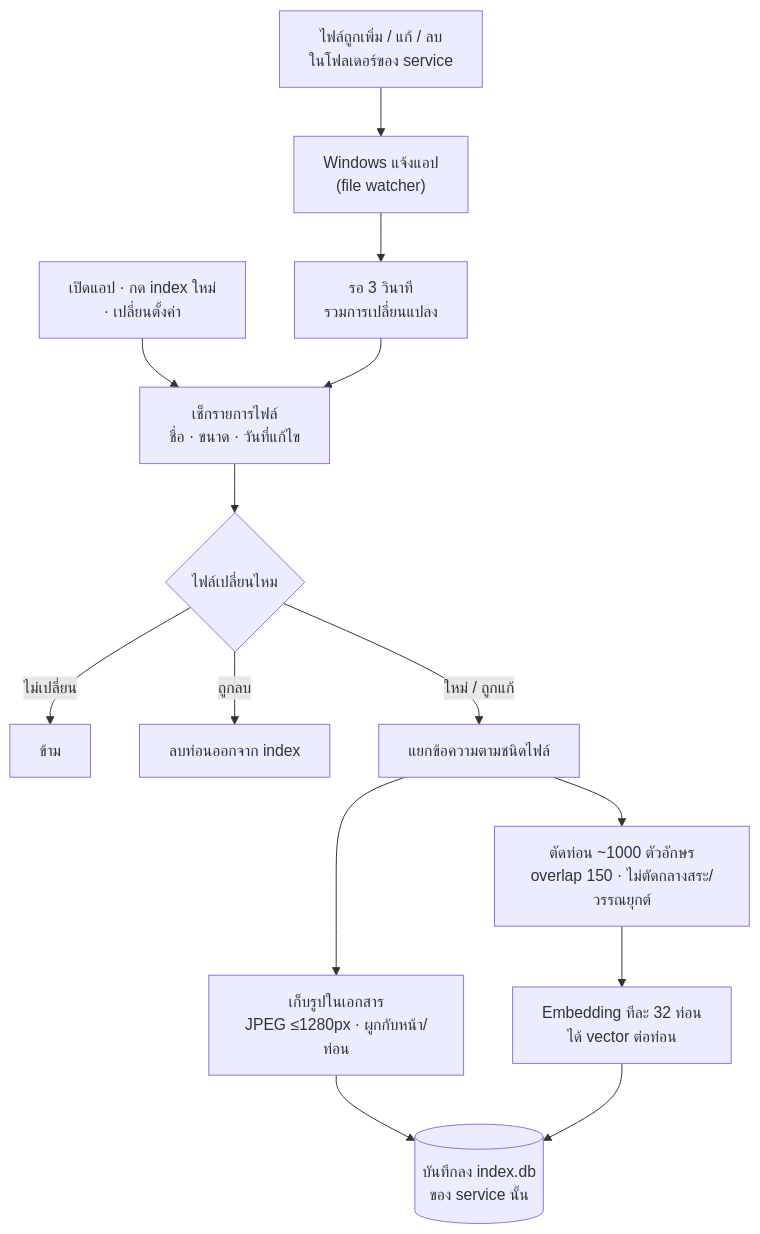
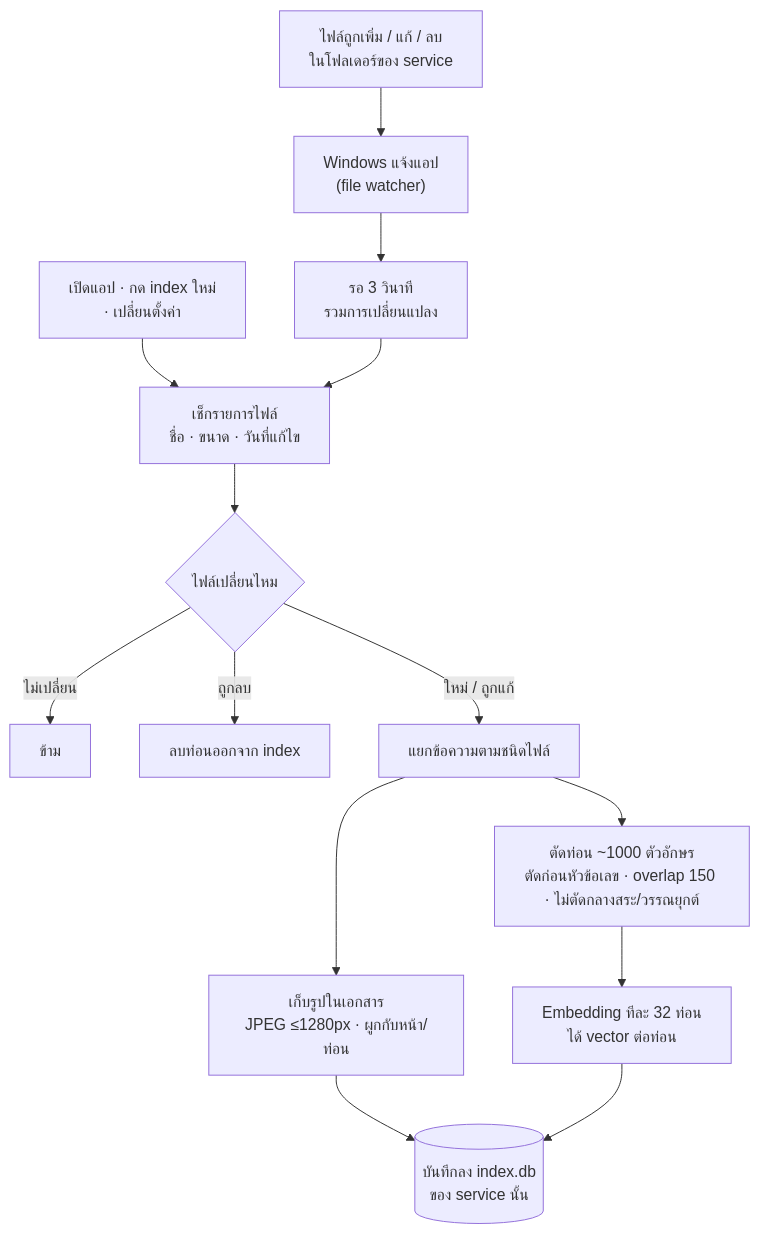
The second of 5 diagrams in README.md (bebarboss/local_notebook), drawn with Mermaid before and after one commit. The commit also changed other lines of this file and 13 other files, not shown here.

````diff
--- a/README.md
+++ b/README.md
@@ -77,15 +77,15 @@
 ```mermaid
 flowchart TD
     A["ไฟล์ถูกเพิ่ม / แก้ / ลบ<br/>ในโฟลเดอร์ของ service"] --> B["Windows แจ้งแอป<br/>(file watcher)"]
     S["เปิดแอป · กด index ใหม่<br/>· เปลี่ยนตั้งค่า"] --> C
     B --> W["รอ 3 วินาที<br/>รวมการเปลี่ยนแปลง"] --> C["เช็กรายการไฟล์<br/>ชื่อ · ขนาด · วันที่แก้ไข"]
     C --> D{"ไฟล์เปลี่ยนไหม"}
     D -->|ไม่เปลี่ยน| SKIP["ข้าม"]
     D -->|ถูกลบ| DEL["ลบท่อนออกจาก index"]
     D -->|ใหม่ / ถูกแก้| E["แยกข้อความตามชนิดไฟล์"]
-    E --> G["ตัดท่อน ~1000 ตัวอักษร<br/>overlap 150 · ไม่ตัดกลางสระ/วรรณยุกต์"]
+    E --> G["ตัดท่อน ~1000 ตัวอักษร<br/>ตัดก่อนหัวข้อเลข · overlap 150 · ไม่ตัดกลางสระ/วรรณยุกต์"]
     E --> P["เก็บรูปในเอกสาร<br/>JPEG ≤1280px · ผูกกับหน้า/ท่อน"]
     P --> I
     G --> H["Embedding ทีละ 32 ท่อน<br/>ได้ vector ต่อท่อน"]
     H --> I[("บันทึกลง index.db<br/>ของ service นั้น")]
 ```
````
